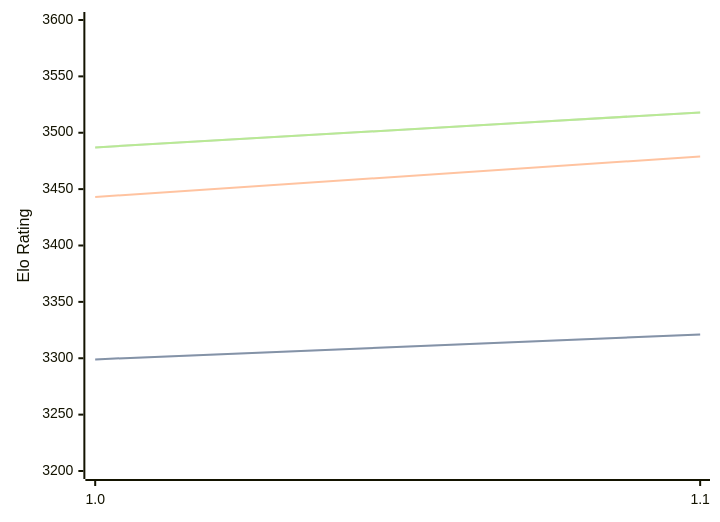
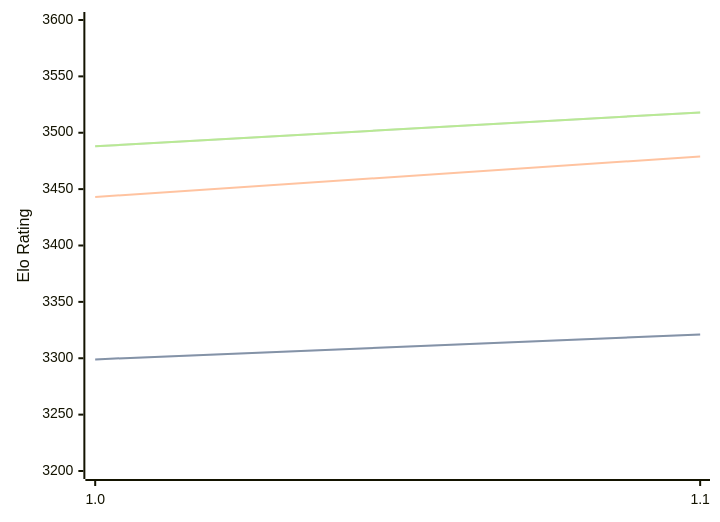
The first of 3 diagrams in engines/Icarus.md (computer-chess-index/cci), drawn with Mermaid before and after one commit. The commit also changed other lines of this file, not shown here.

Commit message:
Update CCI Ratings (ELO VLTC) - 2026-07-17

````diff
--- a/engines/Icarus.md
+++ b/engines/Icarus.md
@@ -32,11 +32,11 @@
 ```mermaid
 %%{init: {"theme":"base","themeVariables":{"seriesColors:['#a3a3a3','#222221','#faa371']}}}%%
 xychart-beta
   x-axis ["1.0", "1.1"]
   y-axis "Elo Rating" 3200 --> 3600
   line "STC (8.0+0.08s)" [3299, 3321]
   line "STC (8.0+0.08s)" [3299, 3321]
   line "LTC (60.0+0.60s)" [3443, 3479]
-  line "VLTC (2m24s+1.12s)" [3487, 3518]
-  line "VLTC (2m24s+1.12s)" [3487, 3518]
+  line "VLTC (2m24s+1.12s)" [3488, 3518]
+  line "VLTC (2m24s+1.12s)" [3488, 3518]
 ```
````
